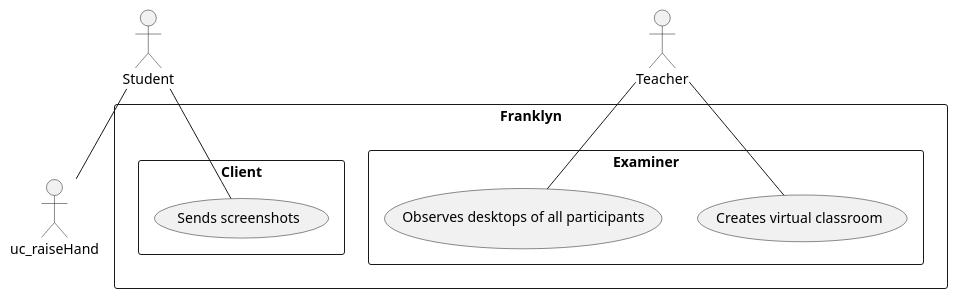
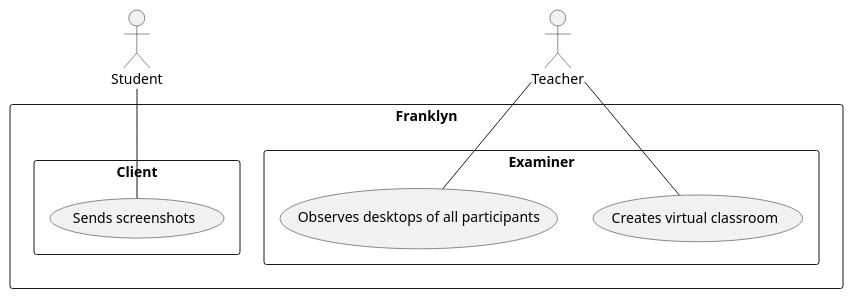
Before and after one commit to htl-leonding-project/franklyn-quarkus: the diagram in docs/asciidocs-slides/plantuml/ucd.puml, drawn with PlantUML. The commit also changed 1 other file, not shown here.

```diff
--- a/docs/asciidocs-slides/plantuml/ucd.puml
+++ b/docs/asciidocs-slides/plantuml/ucd.puml
@@ -1,20 +1,19 @@
 @startuml
 
 :Student: as student
 :Teacher: as teacher
 
 rectangle "Franklyn" {
     rectangle Client {
         usecase "Sends screenshots" as uc_sendsScreenshots
     }
     rectangle Examiner {
             usecase "Creates virtual classroom" as uc_createLobby
             usecase "Observes desktops of all participants" as uc_seeScreenshots
         }
 }
 
 student -- uc_sendsScreenshots
-student -- uc_raiseHand
 teacher -- uc_createLobby
 teacher -- uc_seeScreenshots
 @enduml
```
